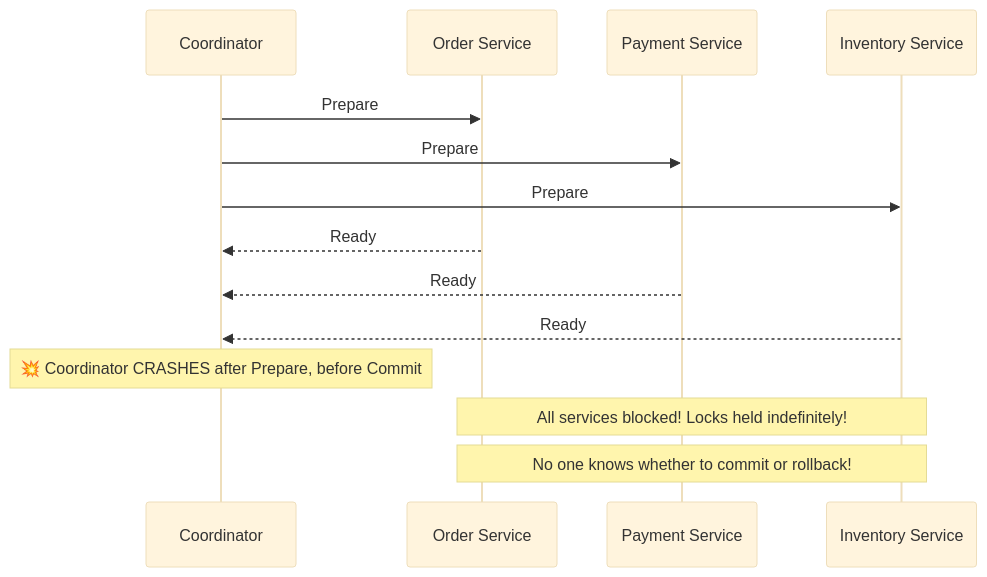
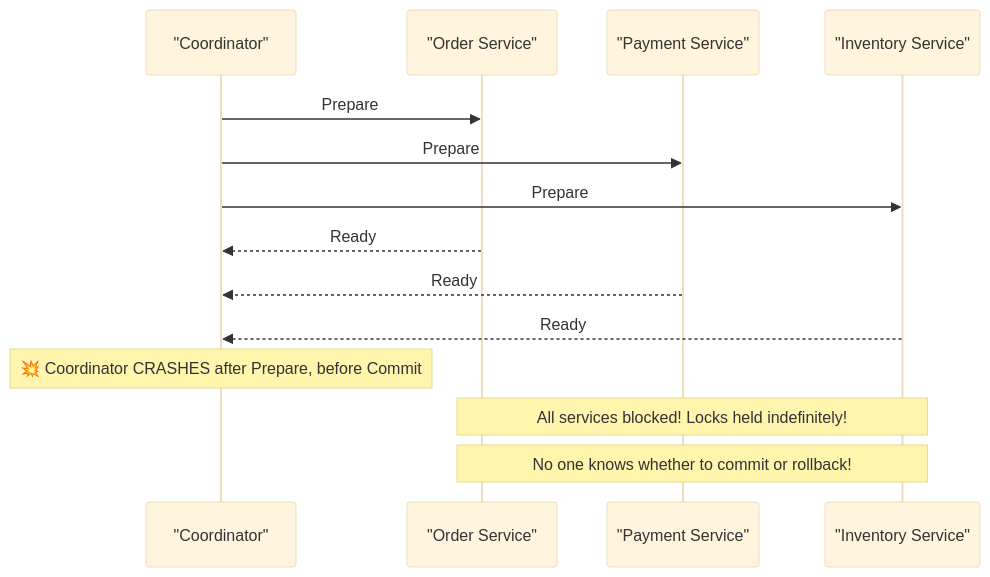
One commit to vesviet/vesviet changed the first of 2 diagrams in content/series/system-design/08-saga-pattern-distributed-transactions-go.md. Above: the diagram before and after it, drawn with Mermaid (base theme). The commit also changed other lines of this file and 331 other files, not shown here.

````diff
--- a/content/series/system-design/08-saga-pattern-distributed-transactions-go.md
+++ b/content/series/system-design/08-saga-pattern-distributed-transactions-go.md
@@ -41,18 +44,18 @@
 ```mermaid
 sequenceDiagram
-    participant Coord as Coordinator
-    participant S1 as Order Service
-    participant S2 as Payment Service
-    participant S3 as Inventory Service
+    participant Coord as "Coordinator"
+    participant S1 as "Order Service"
+    participant S2 as "Payment Service"
+    participant S3 as "Inventory Service"
 
     Coord->>S1: Prepare
     Coord->>S2: Prepare
     Coord->>S3: Prepare
     S1-->>Coord: Ready
     S2-->>Coord: Ready
     S3-->>Coord: Ready
 
     Note over Coord: 💥 Coordinator CRASHES after Prepare, before Commit
     Note over S1,S3: All services blocked! Locks held indefinitely!
     Note over S1,S3: No one knows whether to commit or rollback!
 ```
````
